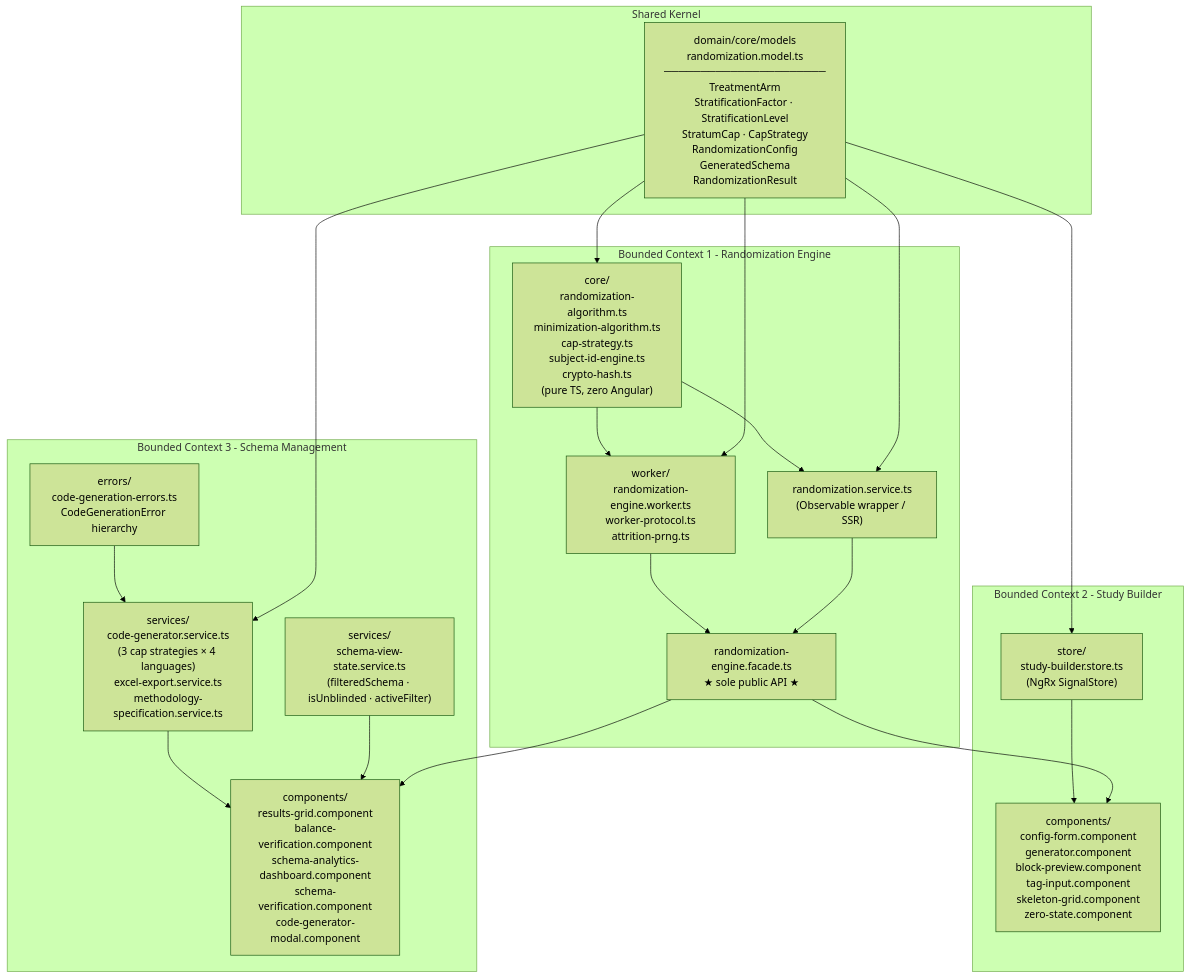
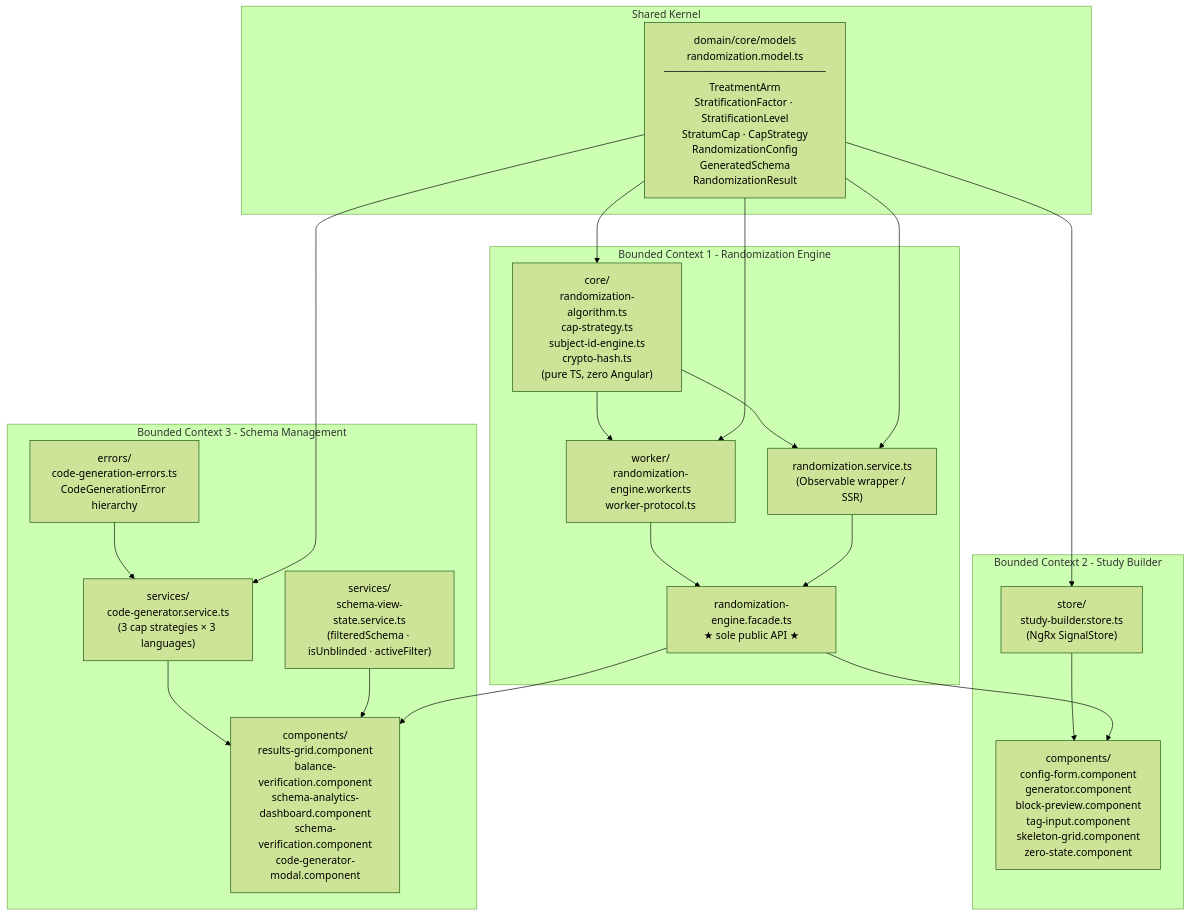
The first of 17 diagrams in docs/ARCHITECTURE.md (fderuiter/Clinical-Randomization-Generator), drawn with Mermaid (forest theme) before and after one commit. The commit also changed other lines of this file and 12 other files, not shown here.

````diff
--- a/docs/ARCHITECTURE.md
+++ b/docs/ARCHITECTURE.md
@@ -202,42 +189,42 @@
 ```mermaid
 graph TD
     subgraph "Shared Kernel"
         MODEL["domain/core/models\nrandomization.model.ts\n──────────────────────\nTreatmentArm\nStratificationFactor · StratificationLevel\nStratumCap · CapStrategy\nRandomizationConfig\nGeneratedSchema\nRandomizationResult"]
     end
 
     subgraph "Bounded Context 1 - Randomization Engine"
-        ALGO["core/\nrandomization-algorithm.ts\nminimization-algorithm.ts\ncap-strategy.ts\nsubject-id-engine.ts\ncrypto-hash.ts\n(pure TS, zero Angular)"]
-        WORKER["worker/\nrandomization-engine.worker.ts\nworker-protocol.ts\nattrition-prng.ts"]
+        ALGO["core/\nrandomization-algorithm.ts\ncap-strategy.ts\nsubject-id-engine.ts\ncrypto-hash.ts\n(pure TS, zero Angular)"]
+        WORKER["worker/\nrandomization-engine.worker.ts\nworker-protocol.ts"]
         SVC["randomization.service.ts\n(Observable wrapper / SSR)"]
         FACADE["randomization-engine.facade.ts\n★ sole public API ★"]
         ALGO --> WORKER
         ALGO --> SVC
         WORKER --> FACADE
         SVC --> FACADE
     end
 
     subgraph "Bounded Context 2 - Study Builder"
         STORE["store/\nstudy-builder.store.ts\n(NgRx SignalStore)"]
         FORM["components/\nconfig-form.component\ngenerator.component\nblock-preview.component\ntag-input.component\nskeleton-grid.component\nzero-state.component"]
         STORE --> FORM
     end
 
     subgraph "Bounded Context 3 - Schema Management"
         ERRORS["errors/\ncode-generation-errors.ts\nCodeGenerationError hierarchy"]
         VSSTATE["services/\nschema-view-state.service.ts\n(filteredSchema · isUnblinded · activeFilter)"]
-        CODEGEN["services/\ncode-generator.service.ts\n(3 cap strategies × 4 languages)\nexcel-export.service.ts\nmethodology-specification.service.ts"]
+        CODEGEN["services/\ncode-generator.service.ts\n(3 cap strategies × 3 languages)"]
         GRID["components/\nresults-grid.component\nbalance-verification.component\nschema-analytics-dashboard.component\nschema-verification.component\ncode-generator-modal.component"]
         ERRORS --> CODEGEN
         CODEGEN --> GRID
         VSSTATE --> GRID
     end
 
     MODEL --> ALGO
     MODEL --> SVC
     MODEL --> WORKER
     MODEL --> STORE
     MODEL --> CODEGEN
 
     FACADE --> FORM
     FACADE --> GRID
 ```
````
